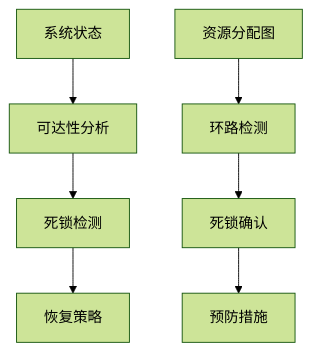
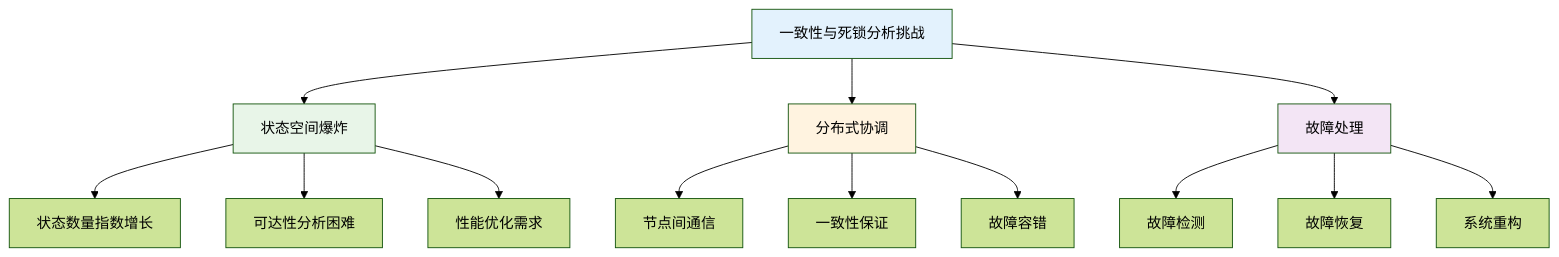
One commit to AdaMartin18010/Lean changed the first of 4 diagrams in analysis/1-形式化理论/1.4-Petri网与分布式系统/1.4.4-一致性与死锁证明.md. Above: the diagram before and after it, drawn with Mermaid (forest theme). The commit also changed other lines of this file and 24 other files, not shown here.

````diff
--- a/analysis/1-形式化理论/1.4-Petri网与分布式系统/1.4.4-一致性与死锁证明.md
+++ b/analysis/1-形式化理论/1.4-Petri网与分布式系统/1.4.4-一致性与死锁证明.md
@@ -188,10 +80,23 @@
 ```mermaid
-graph TD
-  A[系统状态] --> B[可达性分析]
-  B --> C[死锁检测]
-  C --> D[恢复策略]
-  
-  E[资源分配图] --> F[环路检测]
-  F --> G[死锁确认]
-  G --> H[预防措施]
+graph TB
+    A[一致性与死锁分析挑战] --> B[状态空间爆炸]
+    A --> C[分布式协调]
+    A --> D[故障处理]
+    
+    B --> E[状态数量指数增长]
+    B --> F[可达性分析困难]
+    B --> G[性能优化需求]
+    
+    C --> H[节点间通信]
+    C --> I[一致性保证]
+    C --> J[故障容错]
+    
+    D --> K[故障检测]
+    D --> L[故障恢复]
+    D --> M[系统重构]
+    
+    style A fill:#e3f2fd
+    style B fill:#e8f5e8
+    style C fill:#fff3e0
+    style D fill:#f3e5f5
 ```
````
